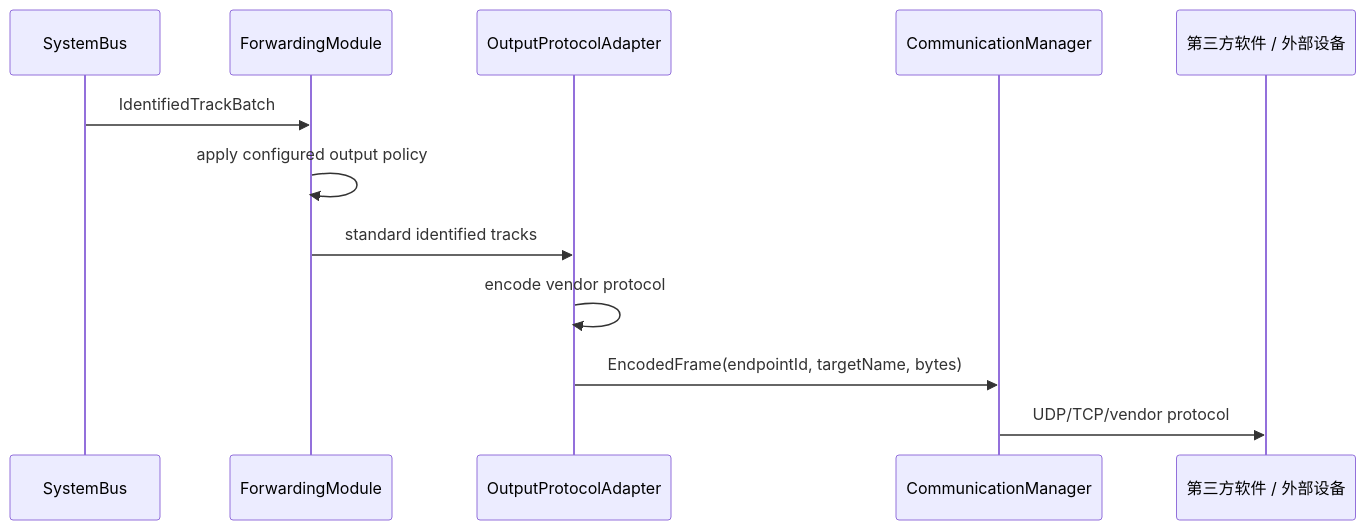
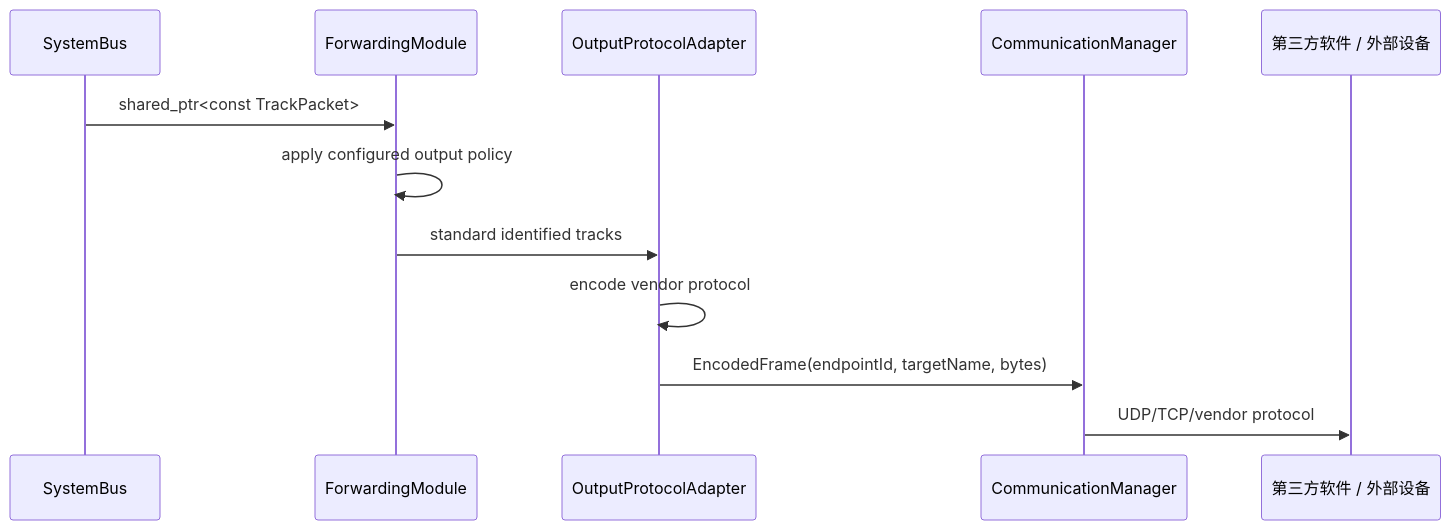
Before and after one commit to YoungL524/newAnti_arch: the second of 7 diagrams in doc/architecture/05-核心流程.md, drawn with Mermaid. The commit also changed other lines of this file and 149 other files, not shown here.

````diff
--- a/doc/architecture/05-核心流程.md
+++ b/doc/architecture/05-核心流程.md
@@ -46,15 +45,15 @@
 ```mermaid
 sequenceDiagram
     participant Bus as SystemBus
     participant Forward as ForwardingModule
     participant Adapter as OutputProtocolAdapter
     participant Comm as CommunicationManager
     participant External as 第三方软件 / 外部设备
 
-    Bus->>Forward: IdentifiedTrackBatch
+    Bus->>Forward: shared_ptr<const TrackPacket>
     Forward->>Forward: apply configured output policy
     Forward->>Adapter: standard identified tracks
     Adapter->>Adapter: encode vendor protocol
     Adapter->>Comm: EncodedFrame(endpointId, targetName, bytes)
     Comm->>External: UDP/TCP/vendor protocol
 ```
````
